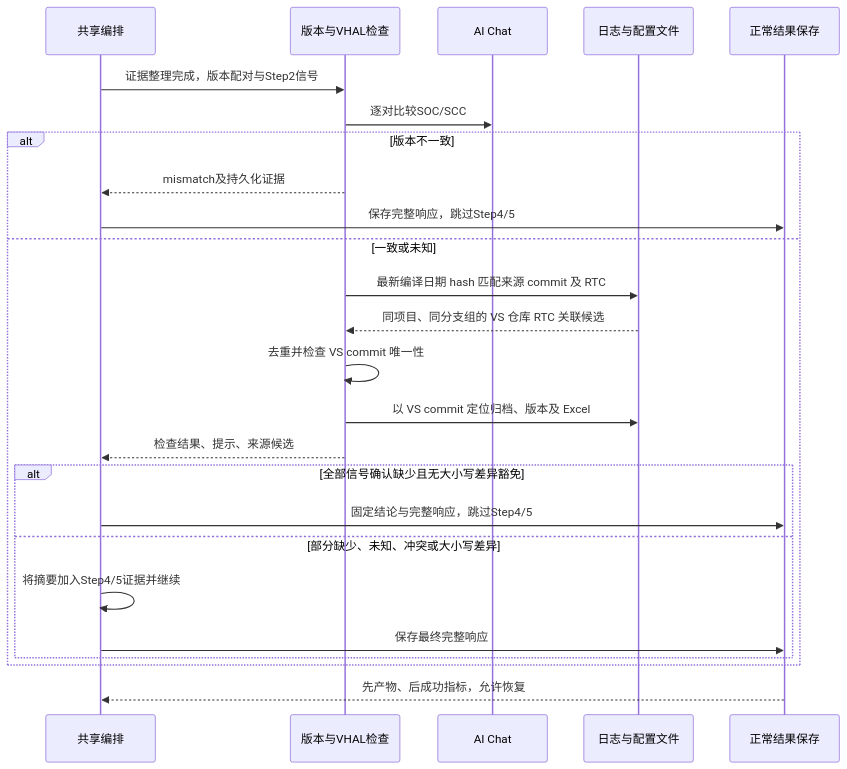
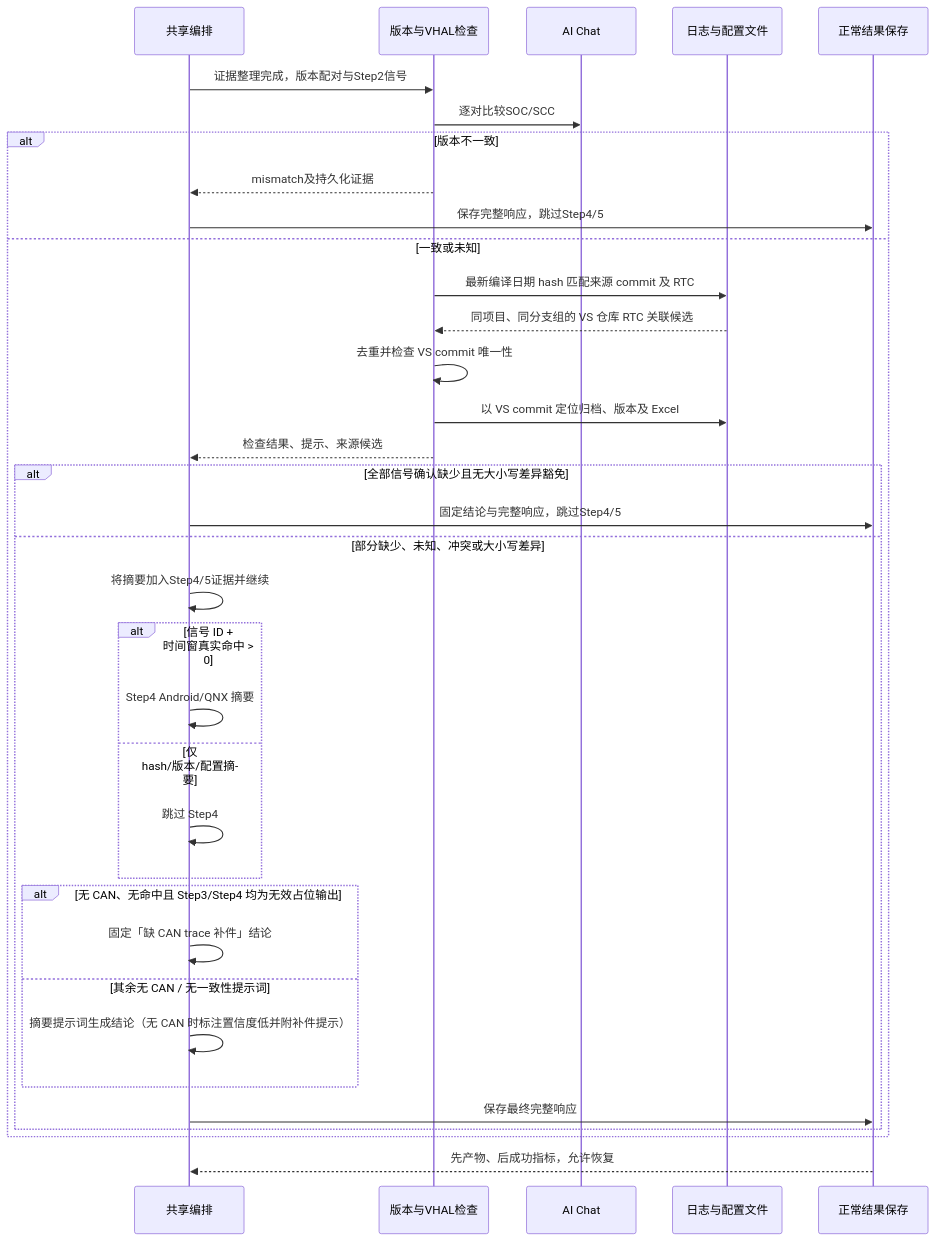
One commit to h18340637145-blip/ivacp-1 changed diagram 14 of 16 in docs/SEQUENCE_DIAGRAMS.md. Above: the diagram before and after it, drawn with Mermaid. The commit also changed 17 other files, not shown here.

````diff
--- a/docs/SEQUENCE_DIAGRAMS.md
+++ b/docs/SEQUENCE_DIAGRAMS.md
@@ -955,27 +955,37 @@
 ```mermaid
 sequenceDiagram
   participant P as 共享编排
   participant C as 版本与VHAL检查
   participant A as AI Chat
   participant F as 日志与配置文件
   participant S as 正常结果保存
   P->>C: 证据整理完成，版本配对与Step2信号
   C->>A: 逐对比较SOC/SCC
   alt 版本不一致
     C-->>P: mismatch及持久化证据
     P->>S: 保存完整响应，跳过Step4/5
   else 一致或未知
     C->>F: 最新编译日期 hash 匹配来源 commit 及 RTC
     F-->>C: 同项目、同分支组的 VS 仓库 RTC 关联候选
     C->>C: 去重并检查 VS commit 唯一性
     C->>F: 以 VS commit 定位归档、版本及 Excel
     C-->>P: 检查结果、提示、来源候选
     alt 全部信号确认缺少且无大小写差异豁免
       P->>S: 固定结论与完整响应，跳过Step4/5
     else 部分缺少、未知、冲突或大小写差异
       P->>P: 将摘要加入Step4/5证据并继续
+      alt 信号 ID + 时间窗真实命中 > 0
+        P->>P: Step4 Android/QNX 摘要
+      else 仅 hash/版本/配置摘要
+        P->>P: 跳过 Step4
+      end
+      alt 无 CAN、无命中且 Step3/Step4 均为无效占位输出
+        P->>P: 固定「缺 CAN trace 补件」结论
+      else 其余无 CAN / 无一致性提示词
+        P->>P: 摘要提示词生成结论（无 CAN 时标注置信度低并附补件提示）
+      end
       P->>S: 保存最终完整响应
     end
   end
   S-->>P: 先产物、后成功指标，允许恢复
 ```
````
